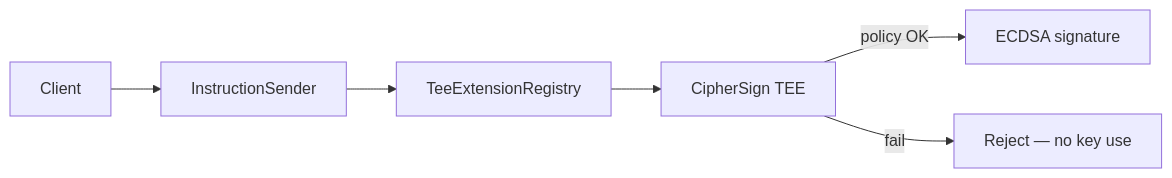
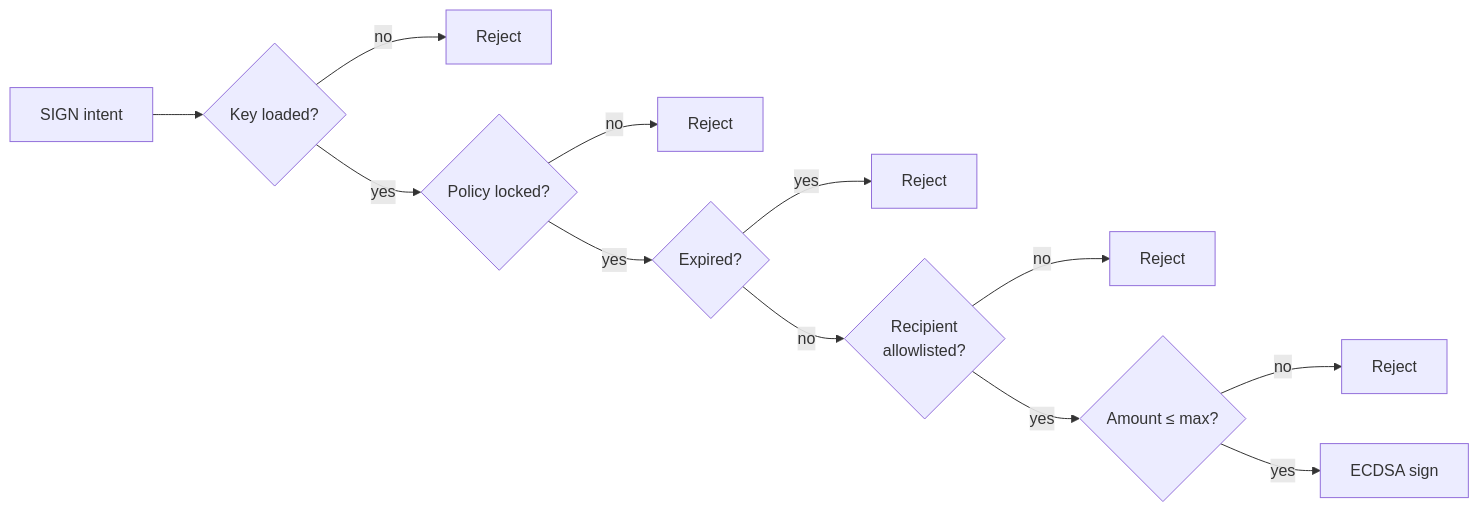
Before and after one commit to thesithunyein/cipher-sign: the second of 3 diagrams in README.md, drawn with Mermaid. The commit also changed other lines of this file, not shown here.

Commit message:
Add advanced Flare TEE architecture diagrams to README.

````diff
--- a/README.md
+++ b/README.md
@@ -76,8 +121,14 @@
 ```mermaid
 flowchart LR
-  A[Client] --> B[InstructionSender]
-  B --> C[TeeExtensionRegistry]
-  C --> D[CipherSign TEE]
-  D -->|policy OK| E[ECDSA signature]
-  D -->|fail| F[Reject — no key use]
+  I[SIGN intent] --> K{Key loaded?}
+  K -->|no| R1[Reject]
+  K -->|yes| P{Policy locked?}
+  P -->|no| R2[Reject]
+  P -->|yes| E{Expired?}
+  E -->|yes| R3[Reject]
+  E -->|no| A{Recipient<br/>allowlisted?}
+  A -->|no| R4[Reject]
+  A -->|yes| M{Amount ≤ max?}
+  M -->|no| R5[Reject]
+  M -->|yes| S[ECDSA sign]
 ```
````
